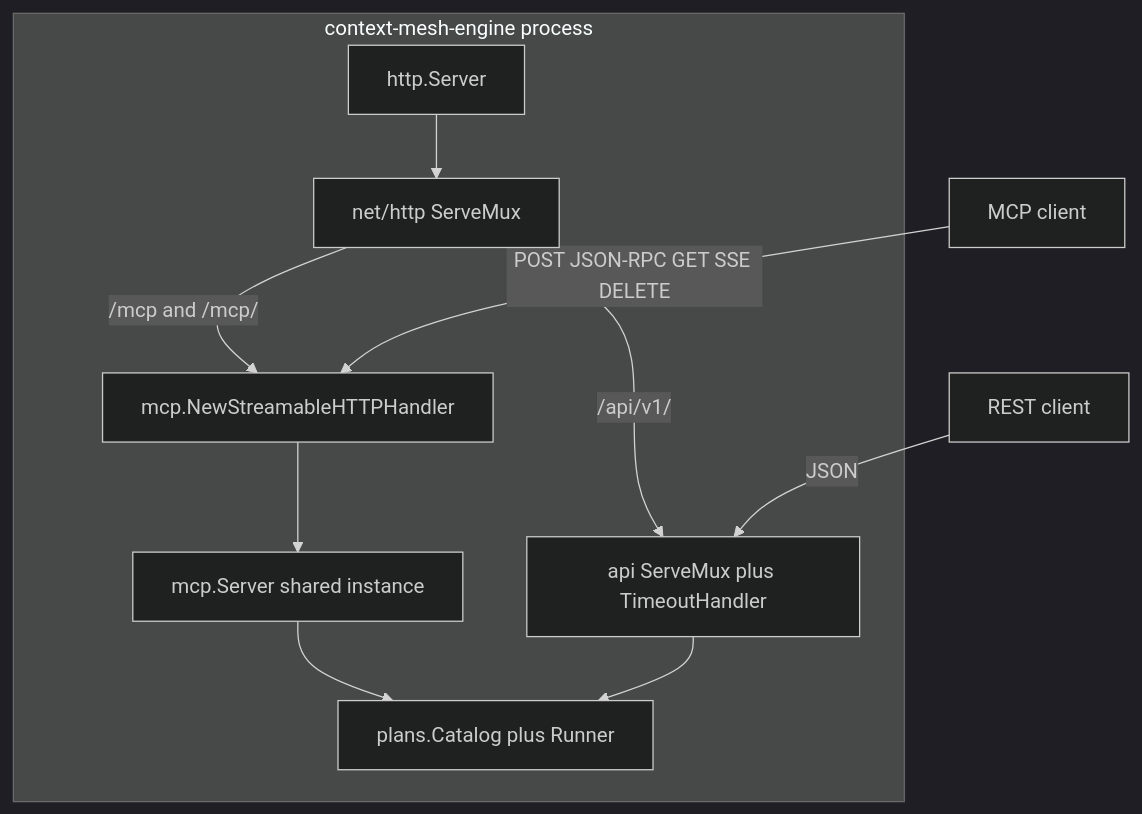
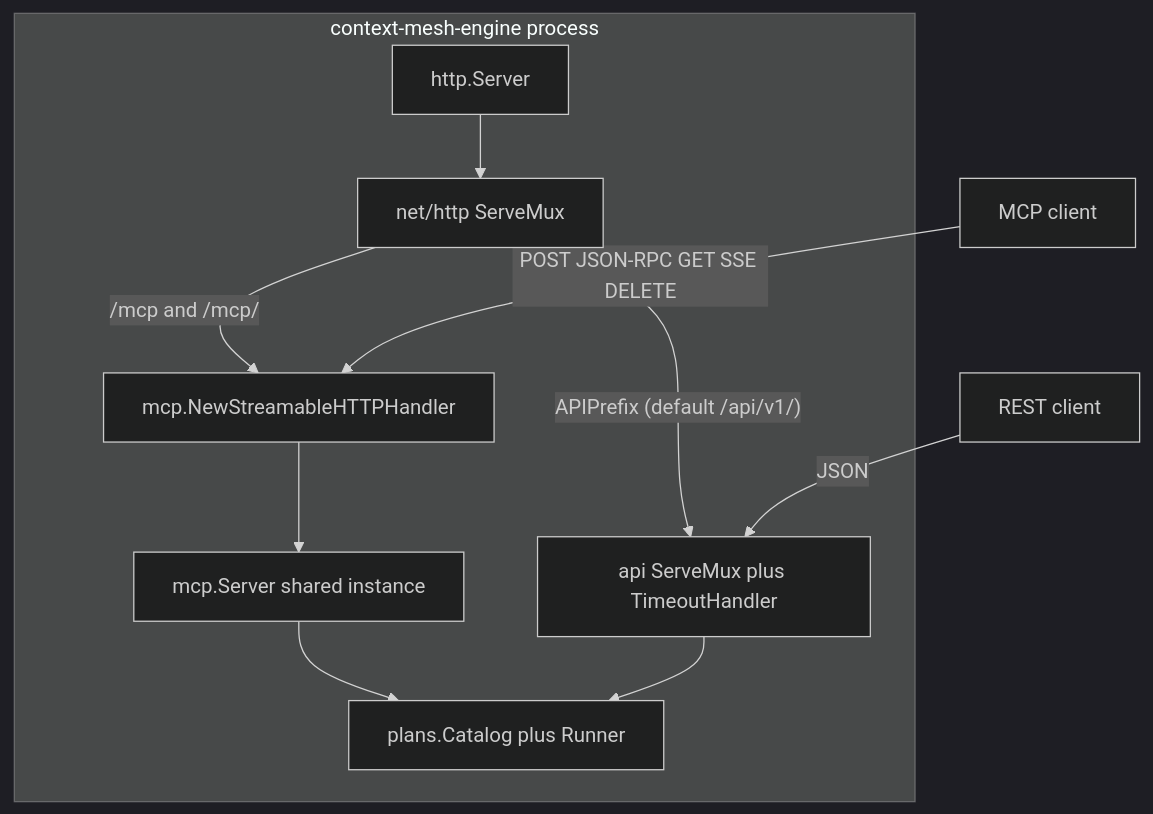
One commit to mevansam/context-mesh-engine changed the diagram in docs/contributors/design.md. Above: the diagram before and after it, drawn with Mermaid (dark theme). The commit also changed other lines of this file and 23 other files, not shown here.

````diff
--- a/docs/contributors/design.md
+++ b/docs/contributors/design.md
@@ -27,19 +27,19 @@
 ```mermaid
 flowchart TB
   subgraph process [context-mesh-engine process]
     httpServer["http.Server"]
     mux["net/http ServeMux"]
     mcpH["mcp.NewStreamableHTTPHandler"]
     restH["api ServeMux plus TimeoutHandler"]
     mcpSrv["mcp.Server shared instance"]
     catalog["plans.Catalog plus Runner"]
     httpServer --> mux
     mux -->|"/mcp and /mcp/"| mcpH
-    mux -->|"/api/v1/"| restH
+    mux -->|"APIPrefix (default /api/v1/)"| restH
     mcpH --> mcpSrv
     mcpSrv --> catalog
     restH --> catalog
   end
   clientMCP["MCP client"] -->|"POST JSON-RPC GET SSE DELETE"| mcpH
   clientREST["REST client"] -->|"JSON"| restH
 ```
````
